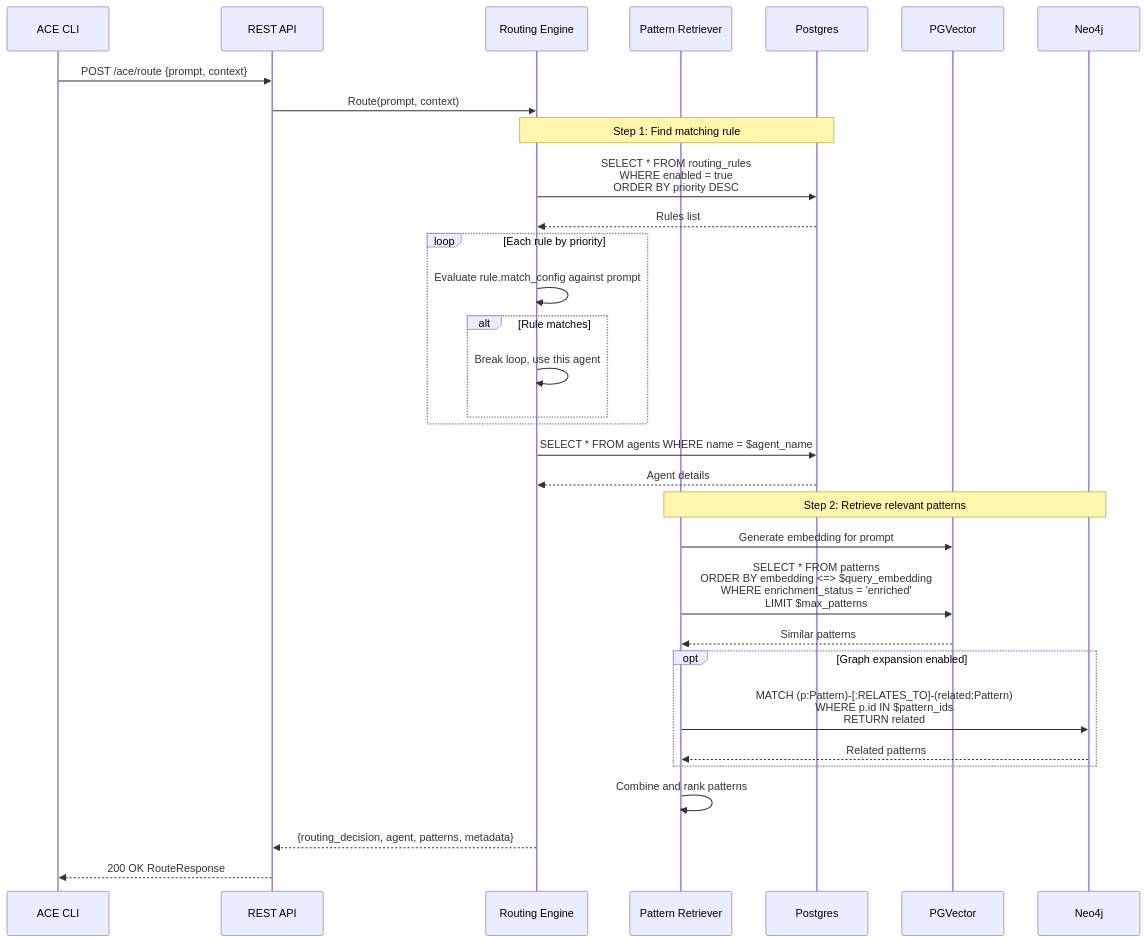
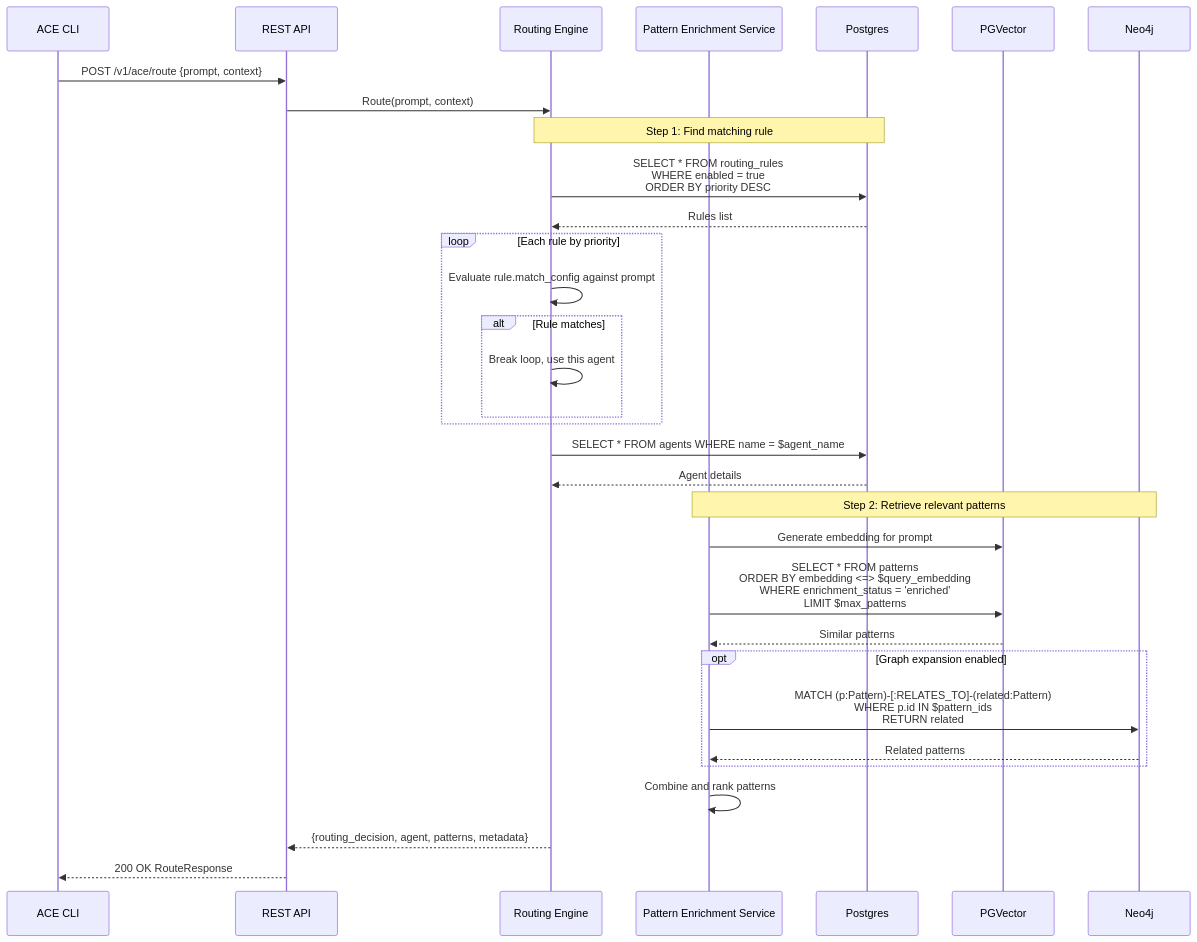
One commit to twistingmercury/mnemonic-mcp changed the eighth of 9 diagrams in docs/design/data-models.md. Above: the diagram before and after it, drawn with Mermaid. The commit also changed other lines of this file and 14 other files, not shown here.

````diff
--- a/docs/design/data-models.md
+++ b/docs/design/data-models.md
@@ -834,42 +834,42 @@
 ```mermaid
 sequenceDiagram
     participant Client as ACE CLI
     participant API as REST API
     participant ROUTE as Routing Engine
-    participant PATTERN as Pattern Retriever
+    participant PATTERN as Pattern Enrichment Service
     participant PG as Postgres
     participant PGV as PGVector
     participant NEO as Neo4j
 
-    Client->>API: POST /ace/route {prompt, context}
+    Client->>API: POST /v1/ace/route {prompt, context}
     API->>ROUTE: Route(prompt, context)
 
     Note over ROUTE,PG: Step 1: Find matching rule
     ROUTE->>PG: SELECT * FROM routing_rules<br/>WHERE enabled = true<br/>ORDER BY priority DESC
     PG-->>ROUTE: Rules list
 
     loop Each rule by priority
         ROUTE->>ROUTE: Evaluate rule.match_config against prompt
         alt Rule matches
             ROUTE->>ROUTE: Break loop, use this agent
         end
     end
 
     ROUTE->>PG: SELECT * FROM agents WHERE name = $agent_name
     PG-->>ROUTE: Agent details
 
     Note over PATTERN,NEO: Step 2: Retrieve relevant patterns
     PATTERN->>PGV: Generate embedding for prompt
     PATTERN->>PGV: SELECT * FROM patterns<br/>ORDER BY embedding <=> $query_embedding<br/>WHERE enrichment_status = 'enriched'<br/>LIMIT $max_patterns
     PGV-->>PATTERN: Similar patterns
 
     opt Graph expansion enabled
         PATTERN->>NEO: MATCH (p:Pattern)-[:RELATES_TO]-(related:Pattern)<br/>WHERE p.id IN $pattern_ids<br/>RETURN related
         NEO-->>PATTERN: Related patterns
     end
 
     PATTERN->>PATTERN: Combine and rank patterns
 
     ROUTE-->>API: {routing_decision, agent, patterns, metadata}
     API-->>Client: 200 OK RouteResponse
 ```
````
